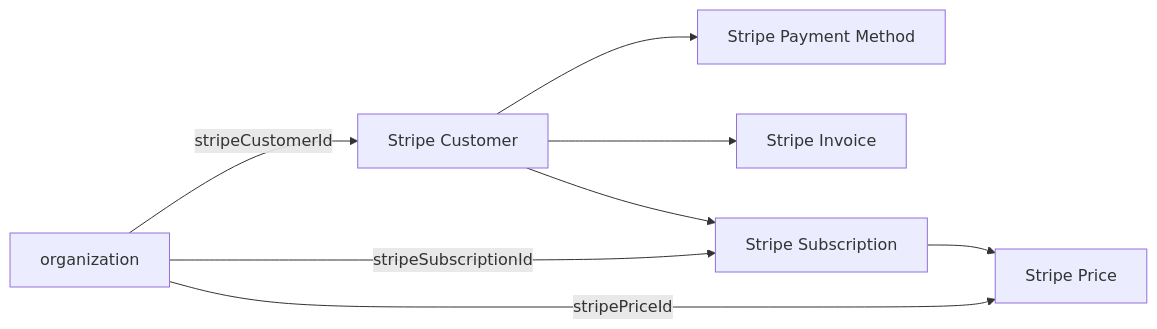
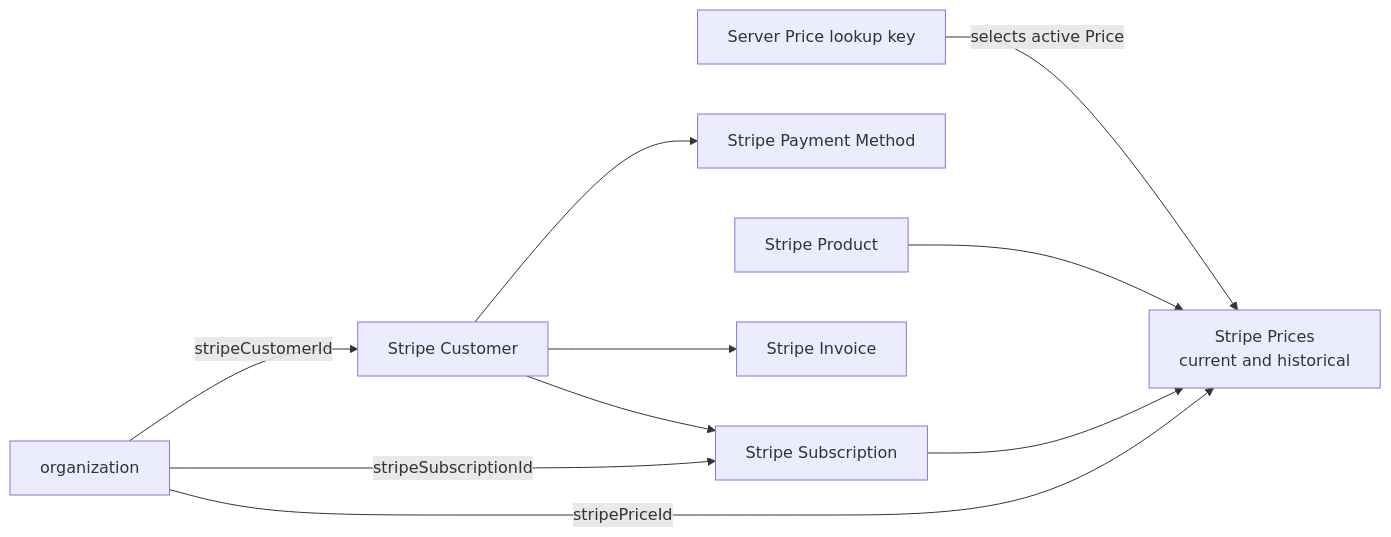
One commit to getnao/nao changed the fourth of 14 diagrams in apps/backend/docs/cloud-billing-stripe.md. Above: the diagram before and after it, drawn with Mermaid. The commit also changed other lines of this file and 27 other files, not shown here.

````diff
--- a/apps/backend/docs/cloud-billing-stripe.md
+++ b/apps/backend/docs/cloud-billing-stripe.md
@@ -233,17 +278,21 @@
 ```mermaid
 flowchart LR
     Org["organization"]
+    Config["Server Price lookup key"]
     Customer["Stripe Customer"]
     Subscription["Stripe Subscription"]
-    Price["Stripe Price"]
+    Product["Stripe Product"]
+    Price["Stripe Prices<br/>current and historical"]
     PaymentMethod["Stripe Payment Method"]
     Invoice["Stripe Invoice"]
 
     Org -->|"stripeCustomerId"| Customer
     Org -->|"stripeSubscriptionId"| Subscription
     Org -->|"stripePriceId"| Price
+    Config -->|"selects active Price"| Price
+    Product --> Price
     Customer --> PaymentMethod
     Customer --> Invoice
     Customer --> Subscription
     Subscription --> Price
 ```
````
